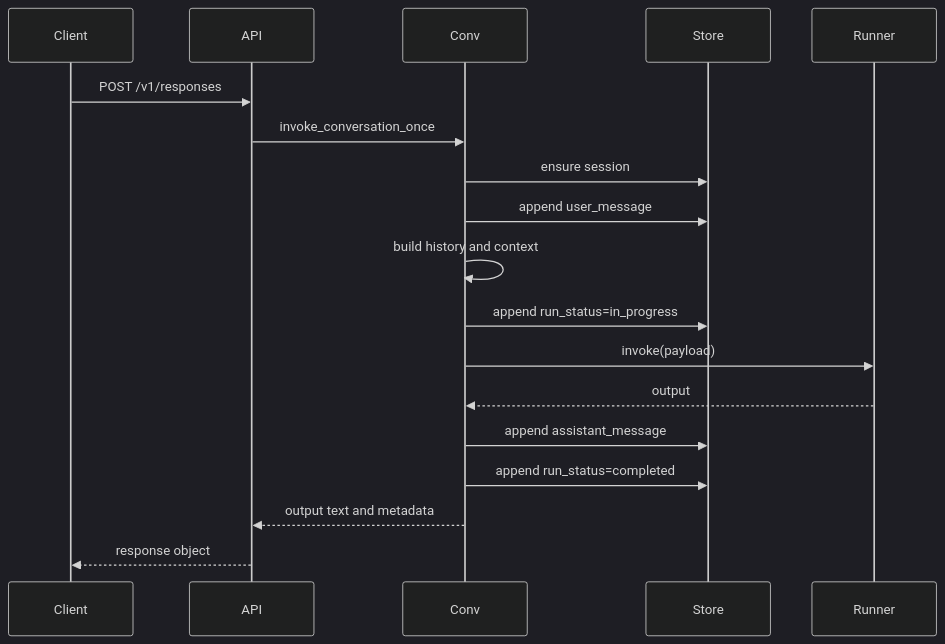
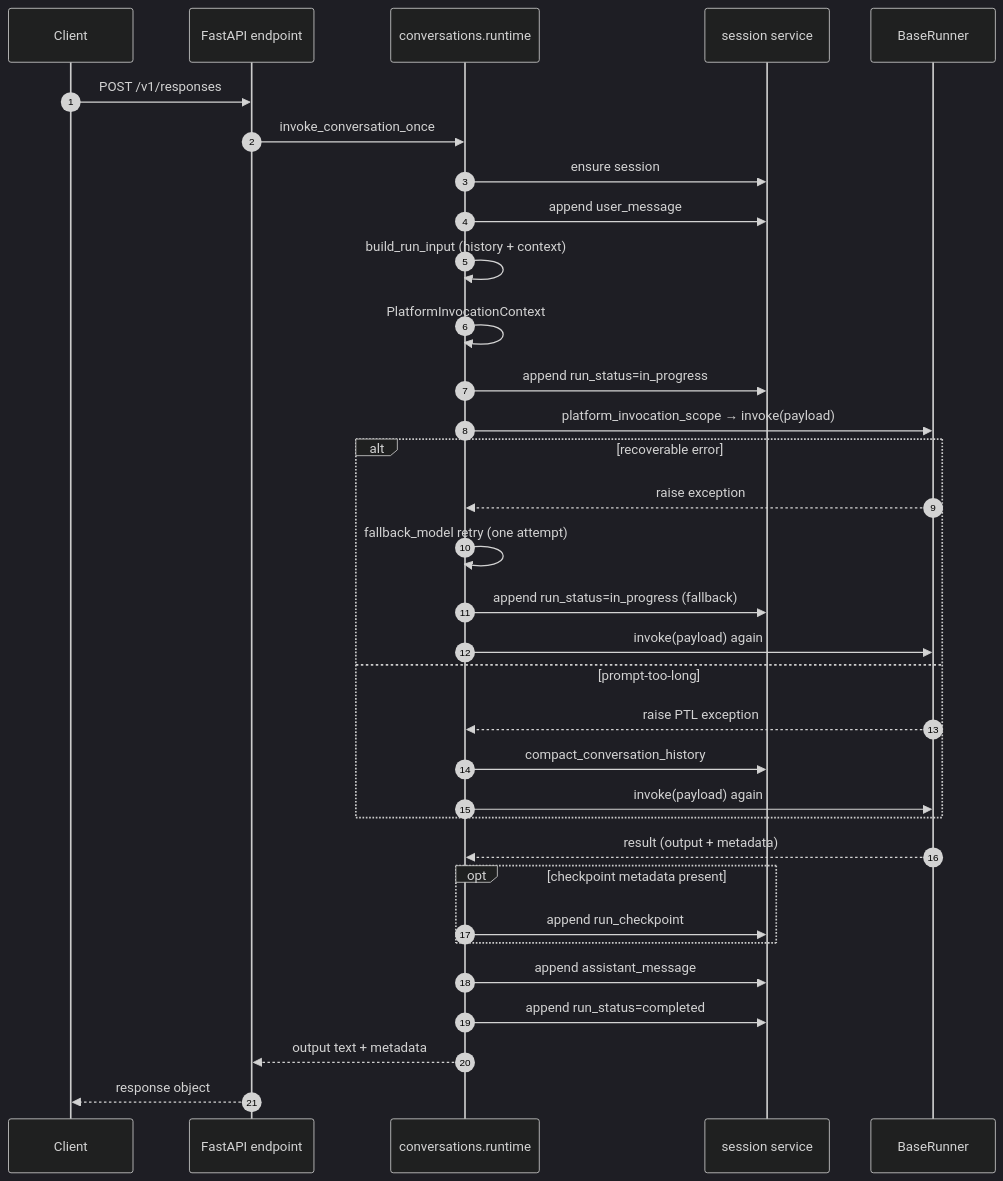
One commit to kingsoftcloud/ksadk-python changed the fourth of 4 diagrams in docs-site/content/docs/framework/guides/runtime-architecture.en.mdx. Above: the diagram before and after it, drawn with Mermaid (dark theme). The commit also changed other lines of this file and 33 other files, not shown here.

````diff
--- a/docs-site/content/docs/framework/guides/runtime-architecture.en.mdx
+++ b/docs-site/content/docs/framework/guides/runtime-architecture.en.mdx
@@ -158,15 +289,36 @@
 ```mermaid
 sequenceDiagram
-  Client->>API: POST /v1/responses
+  autonumber
+  participant C as Client
+  participant API as FastAPI endpoint
+  participant Conv as conversations.runtime
+  participant Store as session service
+  participant Runner as BaseRunner
+
+  C->>API: POST /v1/responses
   API->>Conv: invoke_conversation_once
   Conv->>Store: ensure session
   Conv->>Store: append user_message
-  Conv->>Conv: build history and context
+  Conv->>Conv: build_run_input (history + context)
+  Conv->>Conv: PlatformInvocationContext
   Conv->>Store: append run_status=in_progress
-  Conv->>Runner: invoke(payload)
-  Runner-->>Conv: output
+  Conv->>Runner: platform_invocation_scope → invoke(payload)
+  alt recoverable error
+    Runner-->>Conv: raise exception
+    Conv->>Conv: fallback_model retry (one attempt)
+    Conv->>Store: append run_status=in_progress (fallback)
+    Conv->>Runner: invoke(payload) again
+  else prompt-too-long
+    Runner-->>Conv: raise PTL exception
+    Conv->>Store: compact_conversation_history
+    Conv->>Runner: invoke(payload) again
+  end
+  Runner-->>Conv: result (output + metadata)
+  opt checkpoint metadata present
+    Conv->>Store: append run_checkpoint
+  end
   Conv->>Store: append assistant_message
   Conv->>Store: append run_status=completed
-  Conv-->>API: output text and metadata
-  API-->>Client: response object
+  Conv-->>API: output text + metadata
+  API-->>C: response object
 ```
````
